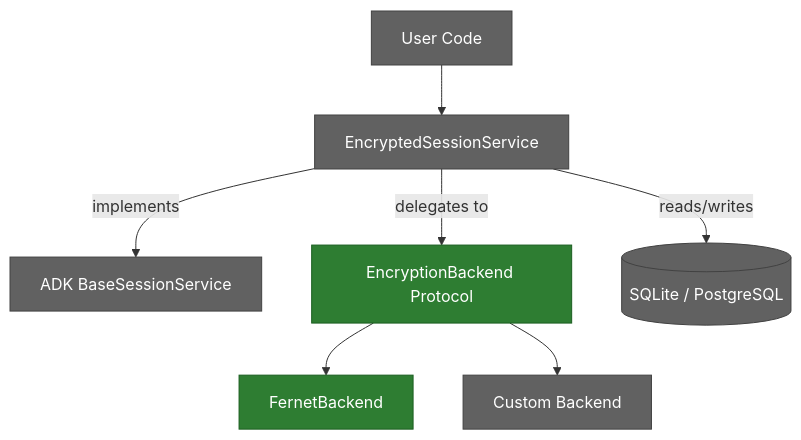
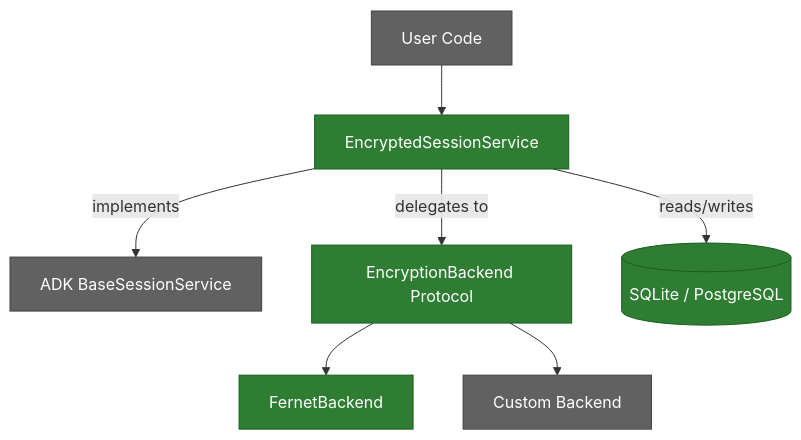
The first of 3 diagrams in docs/ARCHITECTURE.md (Alberto-Codes/adk-secure-sessions), drawn with Mermaid before and after one commit. The commit also changed other lines of this file, not shown here.

Commit message:
feat(docs): update architecture documentation with EncryptedSessionService details and color coding

````diff
--- a/docs/ARCHITECTURE.md
+++ b/docs/ARCHITECTURE.md
@@ -11,17 +11,17 @@
 ```mermaid
 graph TD
     UC[User Code] --> ESS[EncryptedSessionService]
     ESS -->|implements| BSS[ADK BaseSessionService]
     ESS -->|delegates to| EB[EncryptionBackend Protocol]
     EB --> FB[FernetBackend]
     EB --> CB[Custom Backend]
     ESS -->|reads/writes| DB[(SQLite / PostgreSQL)]
 
     style EB fill:#2e7d32,stroke:#1b5e20,color:#fff
     style UC fill:#616161,stroke:#424242,color:#fff
-    style ESS fill:#616161,stroke:#424242,color:#fff
+    style ESS fill:#2e7d32,stroke:#1b5e20,color:#fff
     style BSS fill:#616161,stroke:#424242,color:#fff
     style FB fill:#2e7d32,stroke:#1b5e20,color:#fff
     style CB fill:#616161,stroke:#424242,color:#fff
-    style DB fill:#616161,stroke:#424242,color:#fff
+    style DB fill:#2e7d32,stroke:#1b5e20,color:#fff
 ```
````
